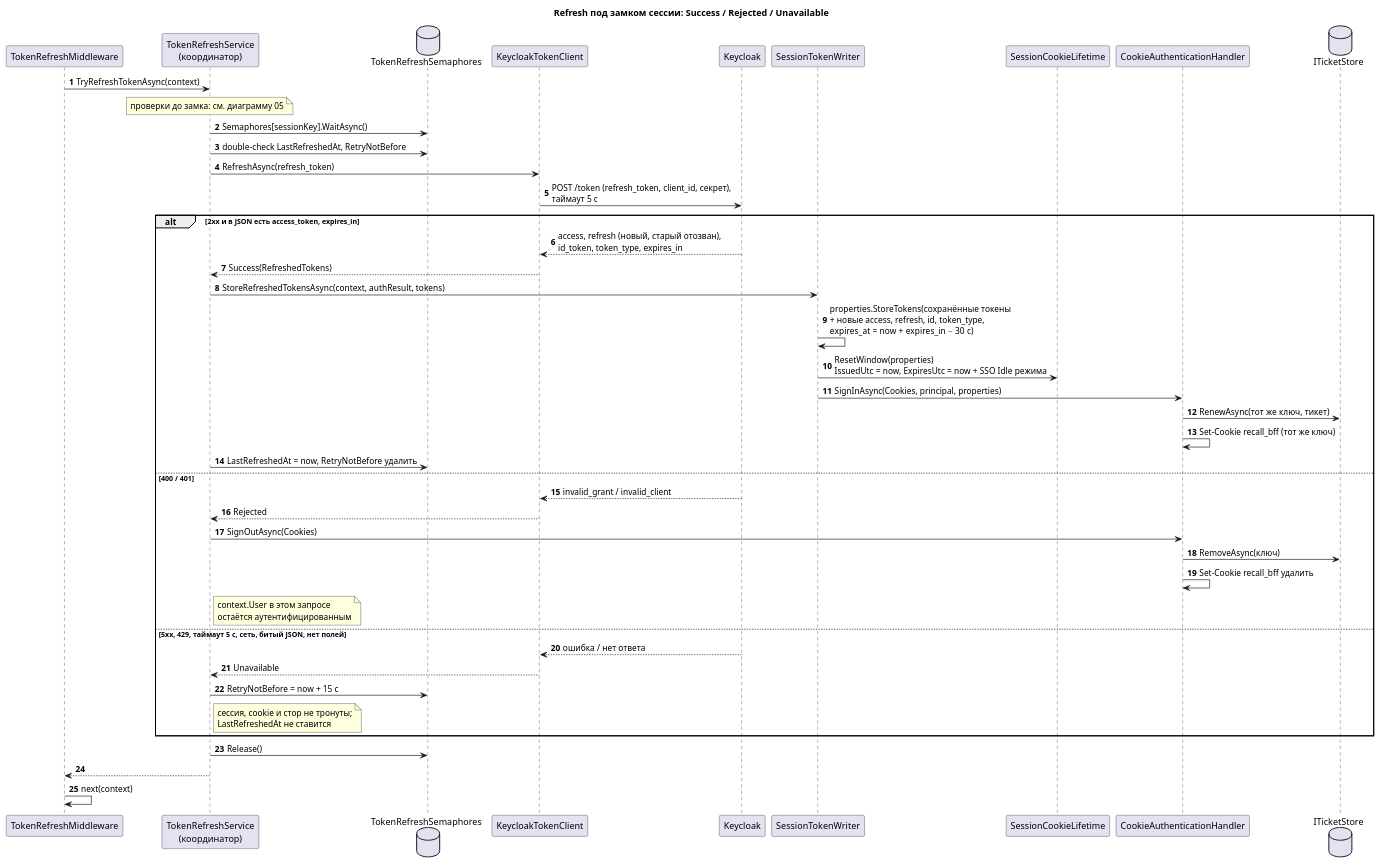
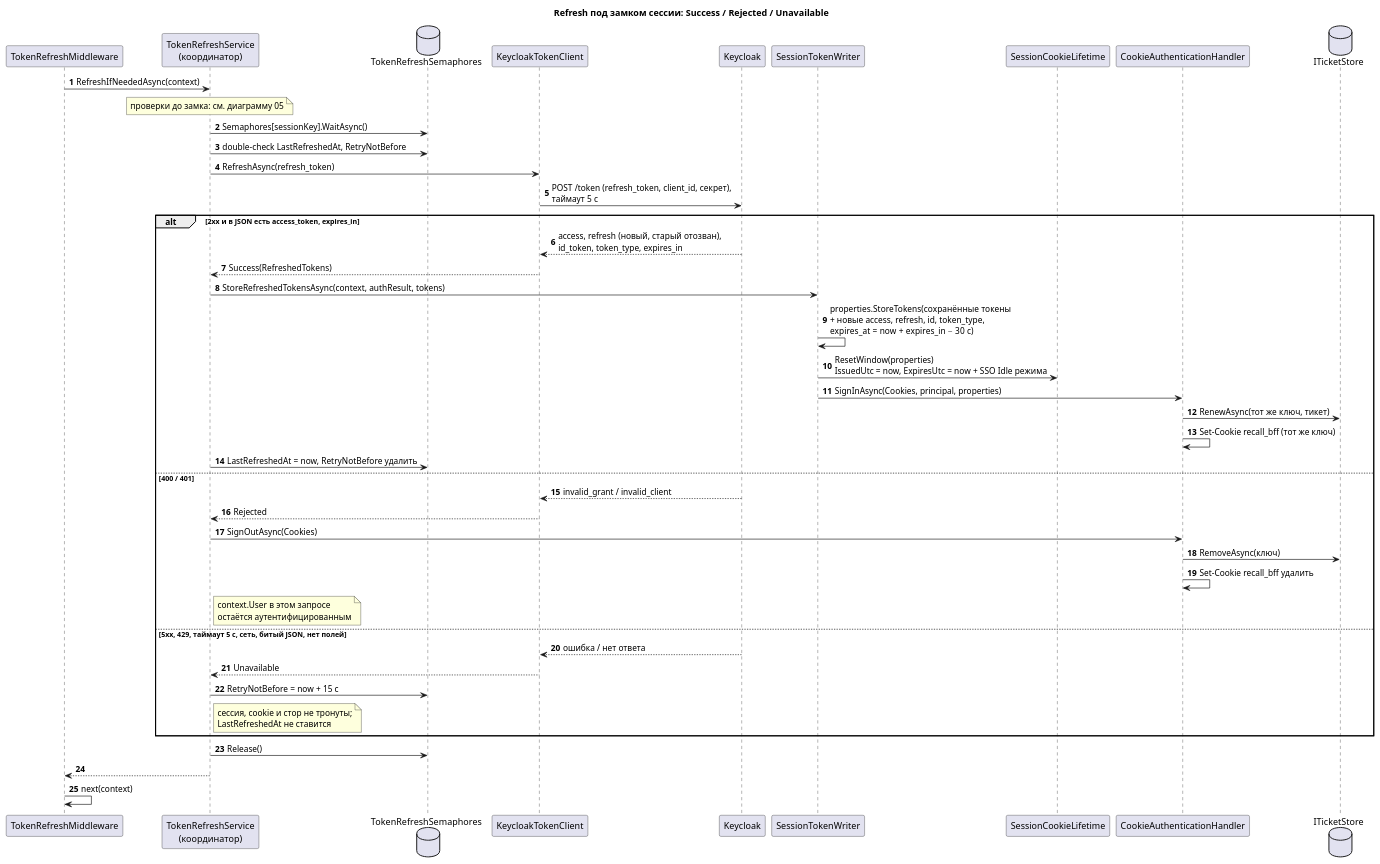
The diagram in RecallApp/docs/diagrams/bff-session - 06 refresh исходы.puml (itacademy-edms-team/24_3_DNDE), drawn with PlantUML before and after one commit. The commit also changed 12 other files, not shown here.

```diff
--- a/RecallApp/docs/diagrams/bff-session - 06 refresh исходы.puml
+++ b/RecallApp/docs/diagrams/bff-session - 06 refresh исходы.puml
@@ -1,50 +1,50 @@
 @startuml bff-session-06-refresh-исходы
 title Refresh под замком сессии: Success / Rejected / Unavailable
 
 skinparam shadowing false
 autonumber
 
 participant "TokenRefreshMiddleware" as TR
 participant "TokenRefreshService\n(координатор)" as T
 database "TokenRefreshSemaphores" as SM
 participant "KeycloakTokenClient" as KC
 participant "Keycloak" as K
 participant "SessionTokenWriter" as W
 participant "SessionCookieLifetime" as L
 participant "CookieAuthenticationHandler" as CH
 database "ITicketStore" as S
 
-TR -> T : TryRefreshTokenAsync(context)
+TR -> T : RefreshIfNeededAsync(context)
 note over T : проверки до замка: см. диаграмму 05
 T -> SM : Semaphores[sessionKey].WaitAsync()
 T -> SM : double-check LastRefreshedAt, RetryNotBefore
 T -> KC : RefreshAsync(refresh_token)
 KC -> K : POST /token (refresh_token, client_id, секрет),\nтаймаут 5 с
 alt 2xx и в JSON есть access_token, expires_in
   K --> KC : access, refresh (новый, старый отозван),\nid_token, token_type, expires_in
   KC --> T : Success(RefreshedTokens)
   T -> W : StoreRefreshedTokensAsync(context, authResult, tokens)
   W -> W : properties.StoreTokens(сохранённые токены\n+ новые access, refresh, id, token_type,\nexpires_at = now + expires_in − 30 с)
   W -> L : ResetWindow(properties)\nIssuedUtc = now, ExpiresUtc = now + SSO Idle режима
   W -> CH : SignInAsync(Cookies, principal, properties)
   CH -> S : RenewAsync(тот же ключ, тикет)
   CH -> CH : Set-Cookie recall_bff (тот же ключ)
   T -> SM : LastRefreshedAt = now, RetryNotBefore удалить
 else 400 / 401
   K --> KC : invalid_grant / invalid_client
   KC --> T : Rejected
   T -> CH : SignOutAsync(Cookies)
   CH -> S : RemoveAsync(ключ)
   CH -> CH : Set-Cookie recall_bff удалить
   note right of T : context.User в этом запросе\nостаётся аутентифицированным
 else 5xx, 429, таймаут 5 с, сеть, битый JSON, нет полей
   K --> KC : ошибка / нет ответа
   KC --> T : Unavailable
   T -> SM : RetryNotBefore = now + 15 с
   note right of T : сессия, cookie и стор не тронуты;\nLastRefreshedAt не ставится
 end
 T -> SM : Release()
 T --> TR
 TR -> TR : next(context)
 
 @enduml
```
